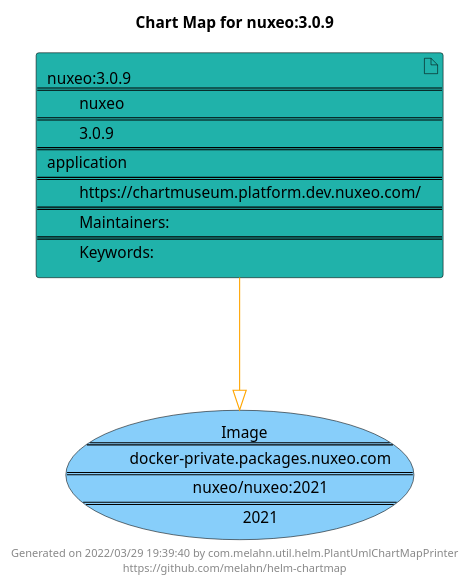
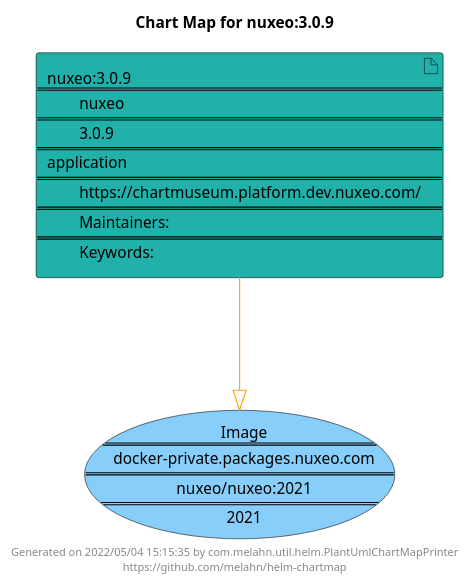
One commit to melahn/helm-chartmap changed the diagram in docs/nuxeo/nuxeo-3.0.9.puml. Above: the diagram before and after it, drawn with PlantUML. The commit also changed 55 other files, not shown here.

Commit message:
Update Example Chart Maps as part of GitHub build

```diff
--- a/docs/nuxeo/nuxeo-3.0.9.puml
+++ b/docs/nuxeo/nuxeo-3.0.9.puml
@@ -1,21 +1,21 @@
 @startuml
 skinparam linetype ortho
 skinparam backgroundColor white
 skinparam usecaseBorderColor black
 skinparam usecaseArrowColor LightSlateGray
 skinparam artifactBorderColor black
 skinparam artifactArrowColor LightSlateGray
 
 title Chart Map for nuxeo:3.0.9
 
 'There is one referenced Helm Chart
 artifact "nuxeo:3.0.9\n====\n\tnuxeo\n====\n\t3.0.9\n====\napplication\n====\n\thttps://chartmuseum.platform.dev.nuxeo.com/\n====\n\tMaintainers: \n====\n\tKeywords: " as nuxeo_3_0_9 #LightSeaGreen
 
 'There is one referenced Docker Image
-usecase "Image\n====\n\tdocker-private.packages.nuxeo.com\n====\n\tnuxeo/nuxeo:2021\n====\n\t2021" as docker_private_packages_nuxeo_com_nuxeo_nuxeo_2021 #LightSkyBlue
+usecase "Image\n====\ndocker-private.packages.nuxeo.com\n====\nnuxeo/nuxeo:2021\n====\n2021" as docker_private_packages_nuxeo_com_nuxeo_nuxeo_2021 #LightSkyBlue
 
 'Chart Dependencies
 nuxeo_3_0_9--[#orange]-|>docker_private_packages_nuxeo_com_nuxeo_nuxeo_2021
 
-center footer Generated on 2022/03/29 19:39:40 by com.melahn.util.helm.PlantUmlChartMapPrinter\nhttps://github.com/melahn/helm-chartmap
+center footer Generated on 2022/05/04 15:15:35 by com.melahn.util.helm.PlantUmlChartMapPrinter\nhttps://github.com/melahn/helm-chartmap
 @enduml
```
